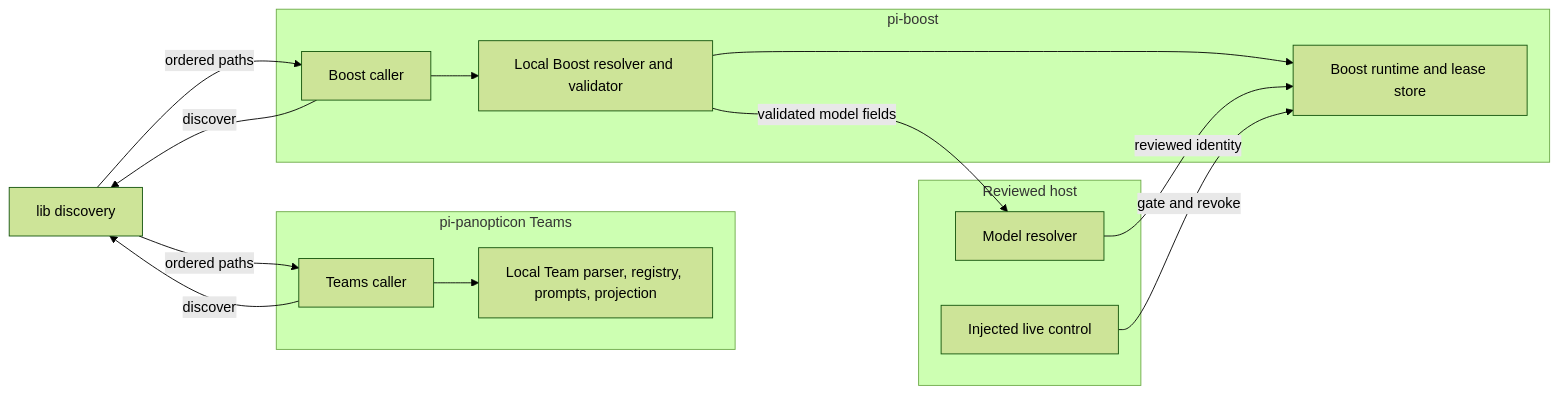
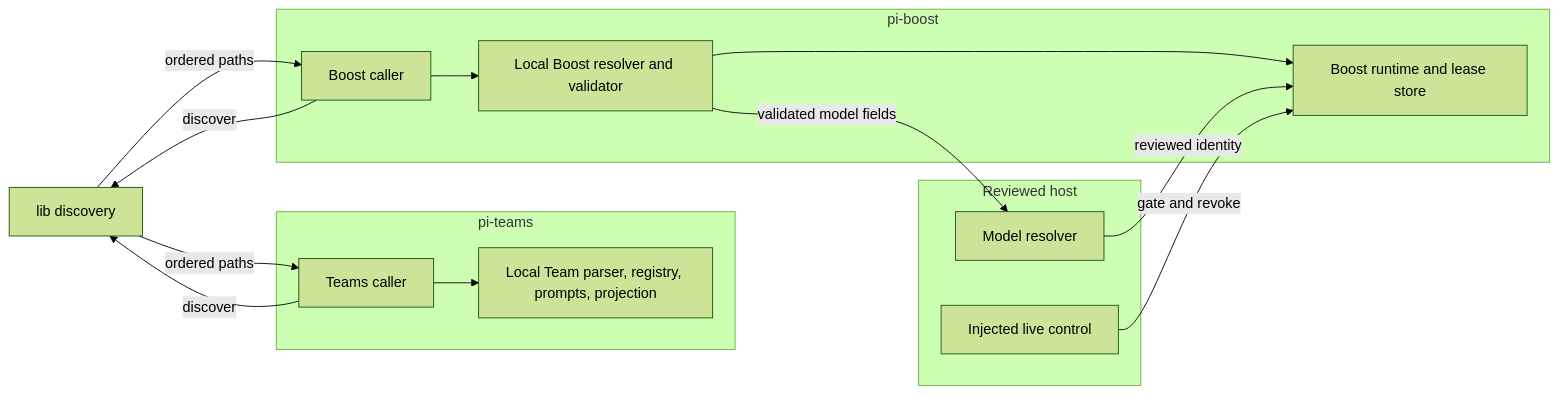
Before and after one commit to tS7hKamAYL84j91/pi-tools-and-skills: the first of 3 diagrams in docs/adr/047-shared-declarative-config-discovery.md, drawn with Mermaid (forest theme). The commit also changed other lines of this file and 207 other files, not shown here.

````diff
--- a/docs/adr/047-shared-declarative-config-discovery.md
+++ b/docs/adr/047-shared-declarative-config-discovery.md
@@ -17,24 +17,24 @@
 ```mermaid
 flowchart LR
   D[lib discovery]
 
-  subgraph P[pi-panopticon Teams]
+  subgraph P[pi-teams]
     T[Teams caller] --> TP[Local Team parser, registry, prompts, projection]
   end
   subgraph B[pi-boost]
     BC[Boost caller] --> BV[Local Boost resolver and validator]
     BV --> LA[Boost runtime and lease store]
   end
   subgraph H[Reviewed host]
     MR[Model resolver]
     LC[Injected live control]
   end
 
   T -->|discover| D
   D -->|ordered paths| T
   BC -->|discover| D
   D -->|ordered paths| BC
   BV -->|validated model fields| MR
   MR -->|reviewed identity| LA
   LC -->|gate and revoke| LA
 ```
````
